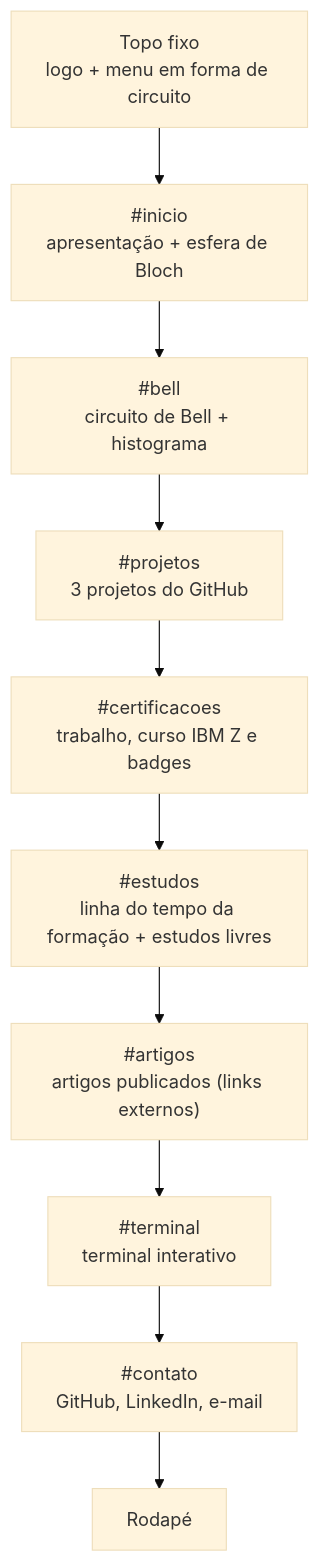
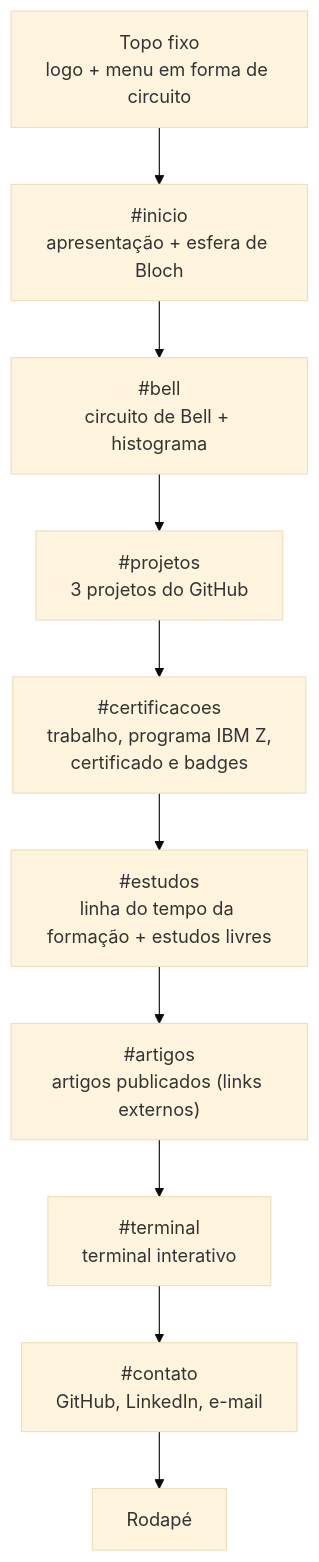
The fourth of 9 diagrams in docs/DOCUMENTACAO.md (TiagoRodriguesskt/Tiagorodriguesskt.github.io), drawn with Mermaid (base theme) before and after one commit. The commit also changed other lines of this file and 7 other files, not shown here.

Commit message:
Badge do programa IBM Z em andamento e certificado final.

````diff
--- a/docs/DOCUMENTACAO.md
+++ b/docs/DOCUMENTACAO.md
@@ -231,15 +237,15 @@
 ```mermaid
 flowchart TB
     TOPO["Topo fixo<br/>logo + menu em forma de circuito"]
     INICIO["#inicio<br/>apresentação + esfera de Bloch"]
     BELL["#bell<br/>circuito de Bell + histograma"]
     PROJ["#projetos<br/>3 projetos do GitHub"]
-    MAIN["#certificacoes<br/>trabalho, curso IBM Z e badges"]
+    MAIN["#certificacoes<br/>trabalho, programa IBM Z,<br/>certificado e badges"]
     EST["#estudos<br/>linha do tempo da formação + estudos livres"]
     ART["#artigos<br/>artigos publicados (links externos)"]
     TERM["#terminal<br/>terminal interativo"]
     CONT["#contato<br/>GitHub, LinkedIn, e-mail"]
     ROD["Rodapé"]
 
     TOPO --> INICIO --> BELL --> PROJ --> MAIN --> EST --> ART --> TERM --> CONT --> ROD
 ```
````
